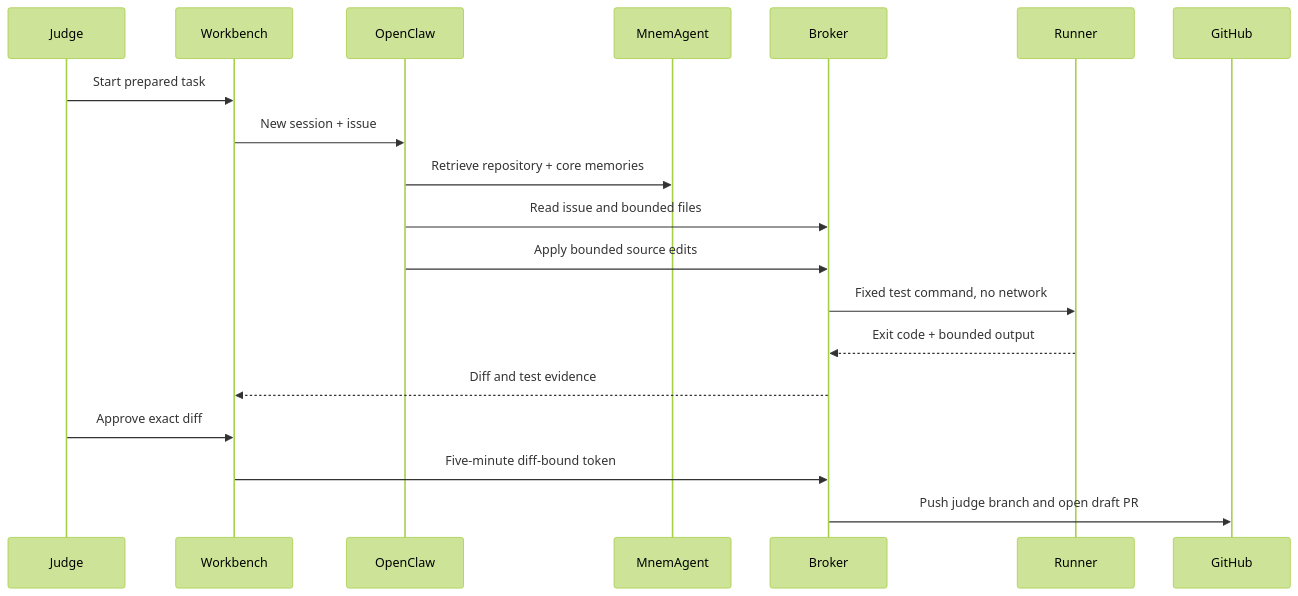
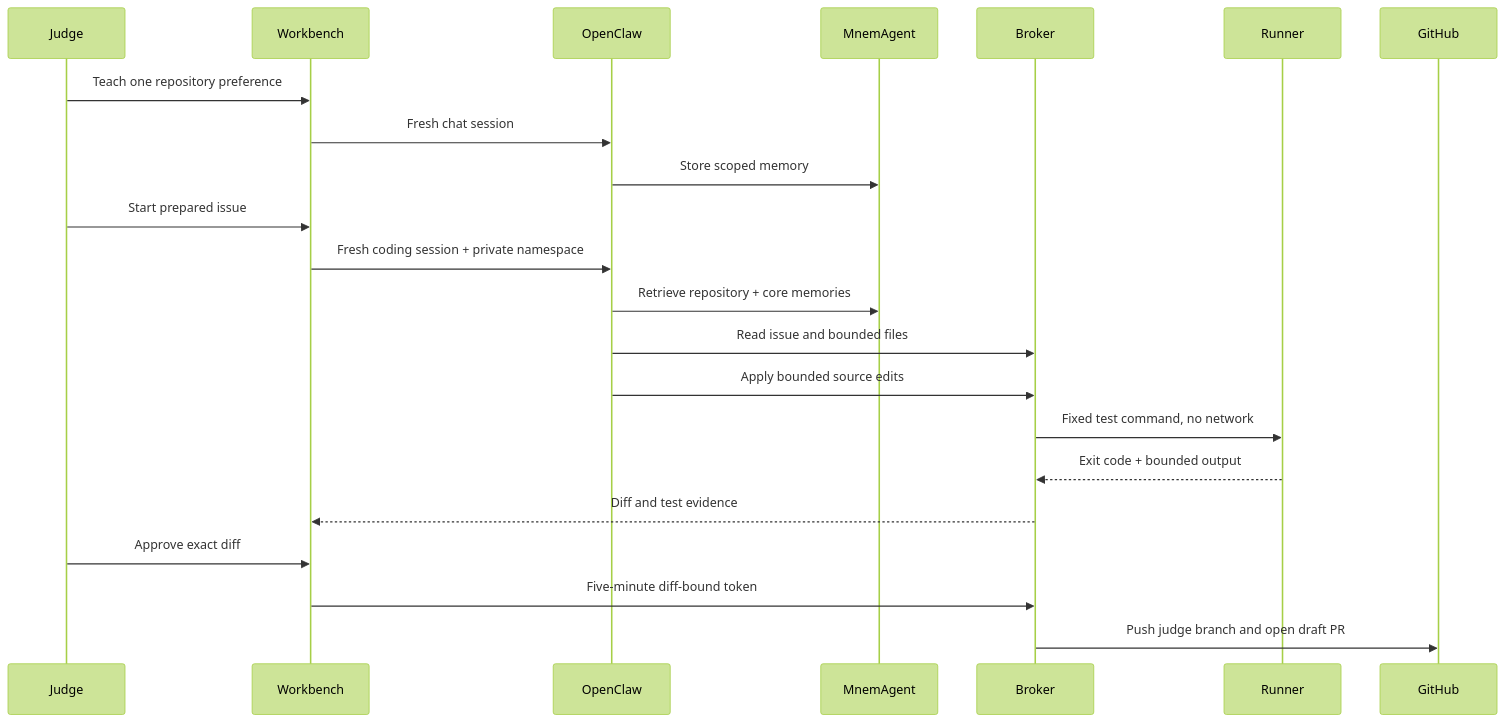
The diagram in docs/MNEMCODE_DEMO.md (crankysmh47/MnemAgent), drawn with Mermaid (forest theme) before and after one commit. The commit also changed other lines of this file and 57 other files, not shown here.

````diff
--- a/docs/MNEMCODE_DEMO.md
+++ b/docs/MNEMCODE_DEMO.md
@@ -7,21 +7,24 @@
 ```mermaid
 sequenceDiagram
   participant J as Judge
   participant U as Workbench
   participant O as OpenClaw
   participant M as MnemAgent
   participant B as Broker
   participant R as Runner
   participant G as GitHub
-  J->>U: Start prepared task
-  U->>O: New session + issue
+  J->>U: Teach one repository preference
+  U->>O: Fresh chat session
+  O->>M: Store scoped memory
+  J->>U: Start prepared issue #14
+  U->>O: Fresh coding session + private namespace
   O->>M: Retrieve repository + core memories
   O->>B: Read issue and bounded files
   O->>B: Apply bounded source edits
   B->>R: Fixed test command, no network
   R-->>B: Exit code + bounded output
   B-->>U: Diff and test evidence
   J->>U: Approve exact diff
   U->>B: Five-minute diff-bound token
   B->>G: Push judge branch and open draft PR
 ```
````
